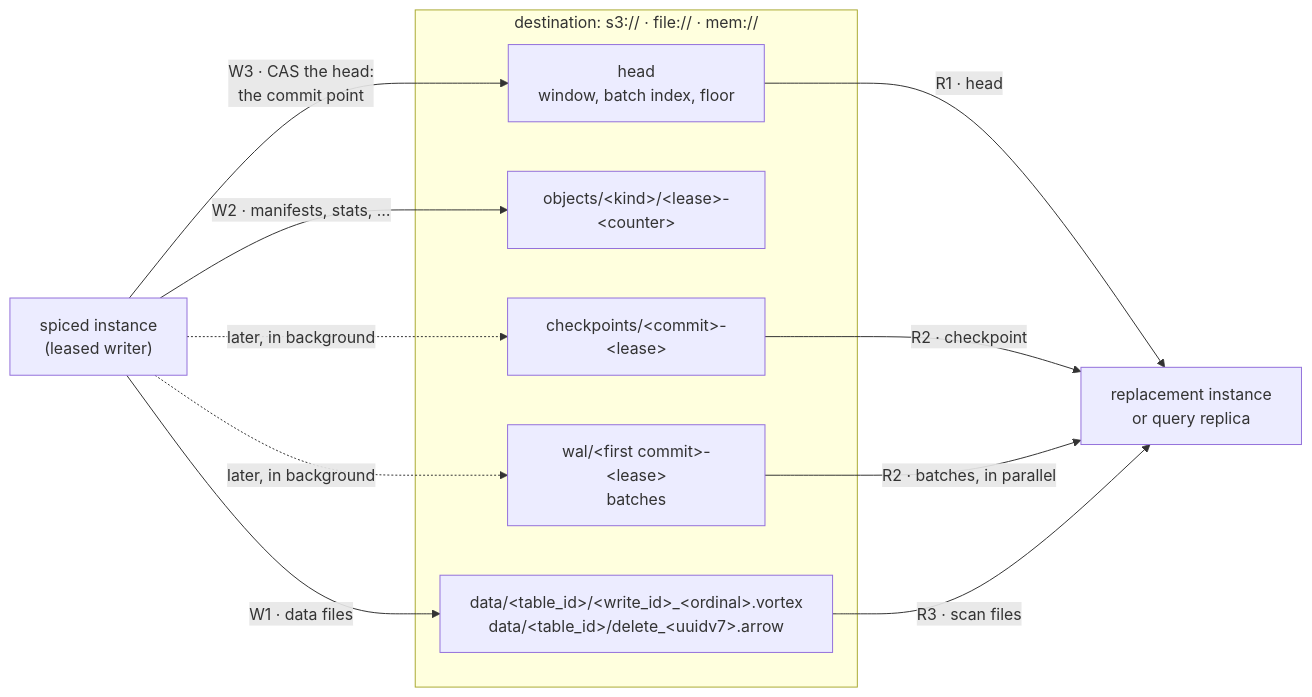
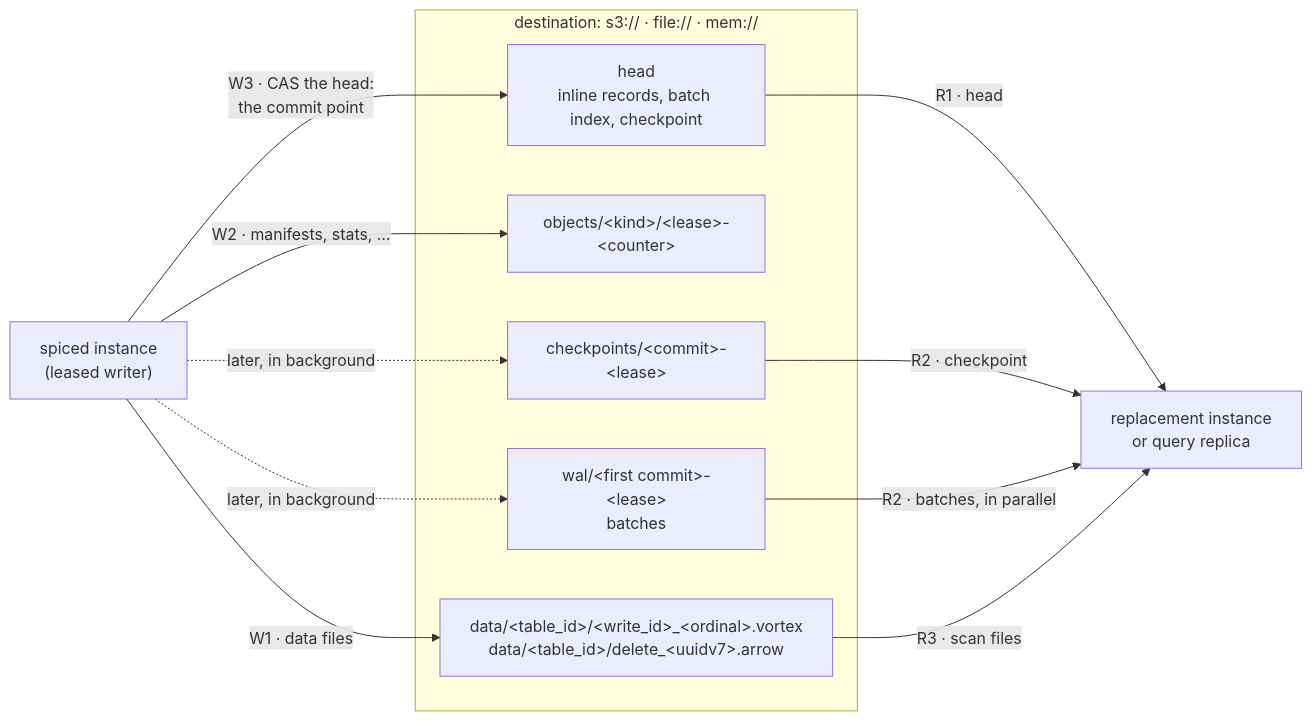
Before and after one commit to spiceai/spiceai: the third of 5 diagrams in docs/design/object-native-metastore-technical.md, drawn with Mermaid. The commit also changed other lines of this file and 2 other files, not shown here.

First line of the commit message:
docs(cayenne): name the head's fields for what they hold and move the store contract to an appendix

````diff
--- a/docs/design/object-native-metastore-technical.md
+++ b/docs/design/object-native-metastore-technical.md
@@ -880,21 +865,21 @@
 ```mermaid
 flowchart LR
     W2["spiced instance<br/>(leased writer)"]
     subgraph DEST["destination: s3:// · file:// · mem://"]
         D2["data/&lt;table_id&gt;/&lt;write_id&gt;_&lt;ordinal&gt;.vortex<br/>data/&lt;table_id&gt;/delete_&lt;uuidv7&gt;.arrow"]
         OBJ["objects/&lt;kind&gt;/&lt;lease&gt;-&lt;counter&gt;"]
-        HEAD["head<br/>window, batch index, floor"]
+        HEAD["head<br/>inline records, batch index, checkpoint"]
         WAL["wal/&lt;first commit&gt;-&lt;lease&gt;<br/>batches"]
         CK["checkpoints/&lt;commit&gt;-&lt;lease&gt;"]
     end
     R2["replacement instance<br/>or query replica"]
     W2 -->|"W1 · data files"| D2
     W2 -->|"W2 · manifests, stats, …"| OBJ
     W2 -->|"W3 · CAS the head:<br/>the commit point"| HEAD
     W2 -.->|"later, in background"| WAL
     W2 -.->|"later, in background"| CK
     HEAD -->|"R1 · head"| R2
     CK -->|"R2 · checkpoint"| R2
     WAL -->|"R2 · batches, in parallel"| R2
     D2 -->|"R3 · scan files"| R2
 ```
````
